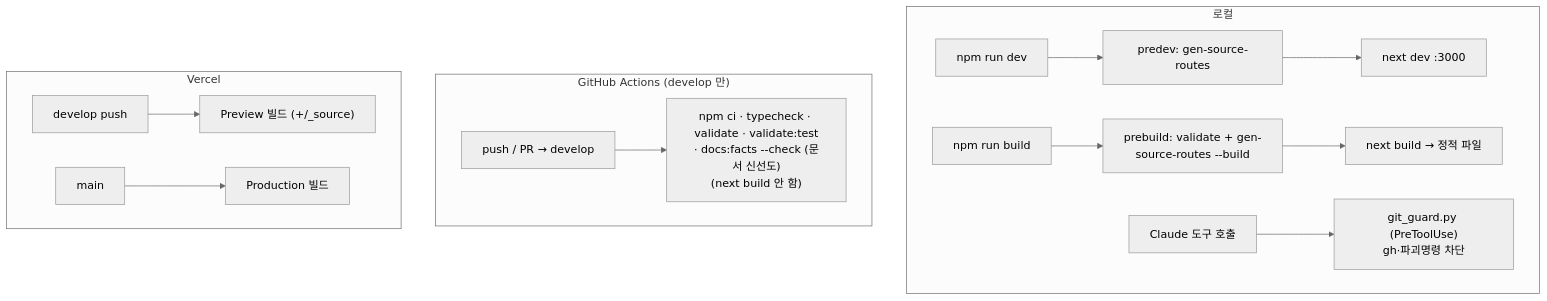
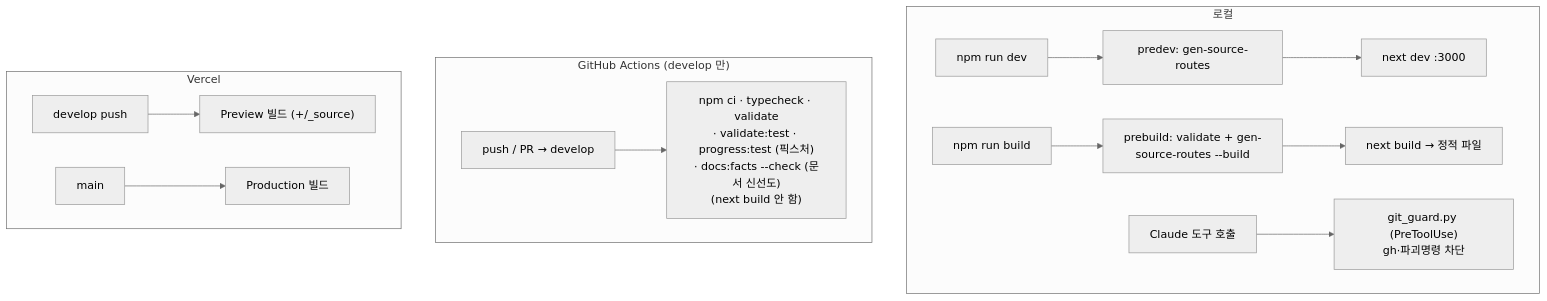
Before and after one commit to padahkim/aws-reps: the fourth of 4 diagrams in docs/ARCHITECTURE.md, drawn with Mermaid (neutral theme). The commit also changed other lines of this file and 6 other files, not shown here.

````diff
--- a/docs/ARCHITECTURE.md
+++ b/docs/ARCHITECTURE.md
@@ -278,17 +282,17 @@
 ```mermaid
 flowchart TD
   subgraph local["로컬"]
     dev["npm run dev"] --> predev["predev: gen-source-routes"] --> nextdev["next dev :3000"]
     build["npm run build"] --> prebuild["prebuild: validate + gen-source-routes --build"] --> nextbuild["next build → 정적 파일"]
     tool["Claude 도구 호출"] --> guard["git_guard.py (PreToolUse)<br/>gh·파괴명령 차단"]
   end
 
   subgraph ci["GitHub Actions (develop 만)"]
-    push["push / PR → develop"] --> verify["npm ci · typecheck · validate · validate:test<br/>· docs:facts --check (문서 신선도)<br/>(next build 안 함)"]
+    push["push / PR → develop"] --> verify["npm ci · typecheck · validate<br/>· validate:test · progress:test (픽스처)<br/>· docs:facts --check (문서 신선도)<br/>(next build 안 함)"]
   end
 
   subgraph vercel["Vercel"]
     vpush["develop push"] --> vprev["Preview 빌드 (+/_source)"]
     vmerge["main"] --> vprod["Production 빌드"]
   end
 ```
````
